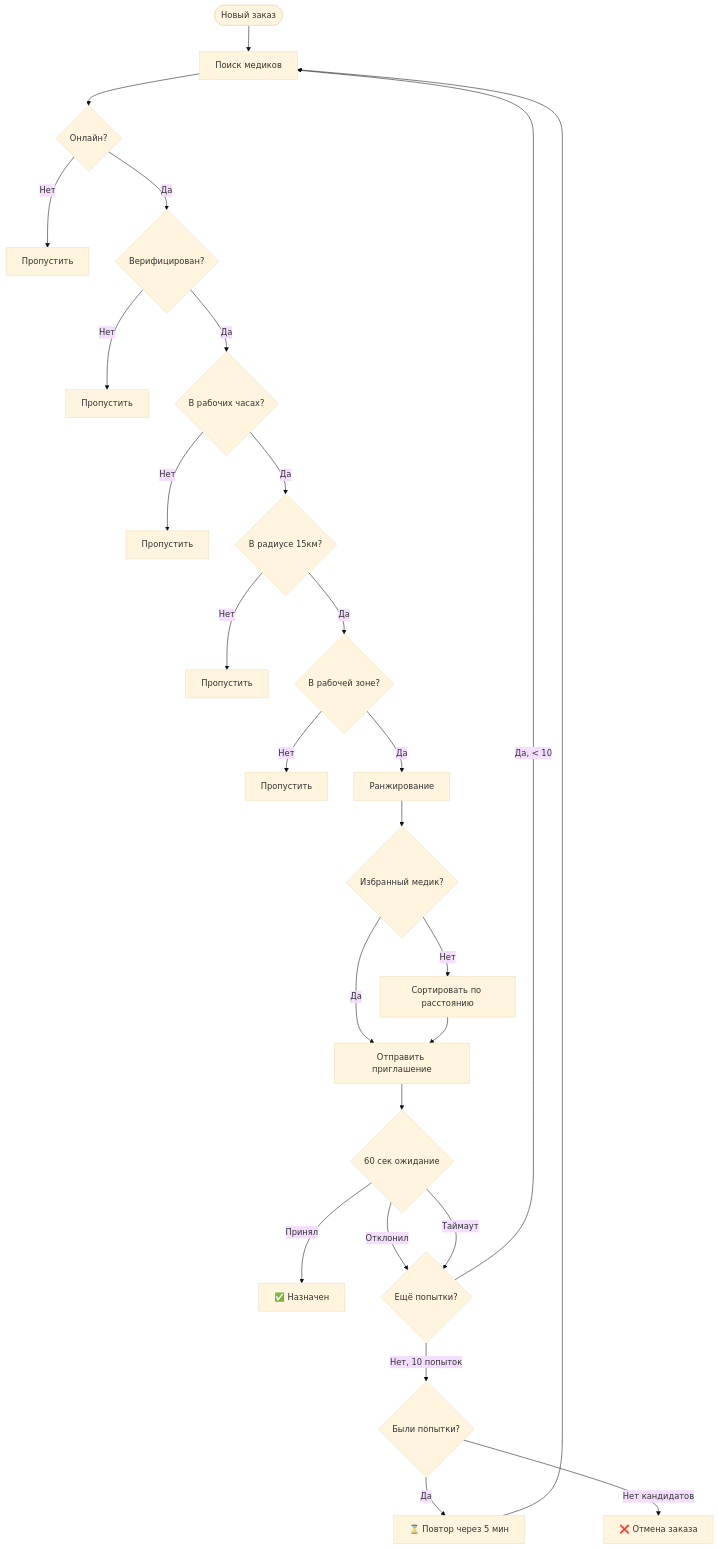
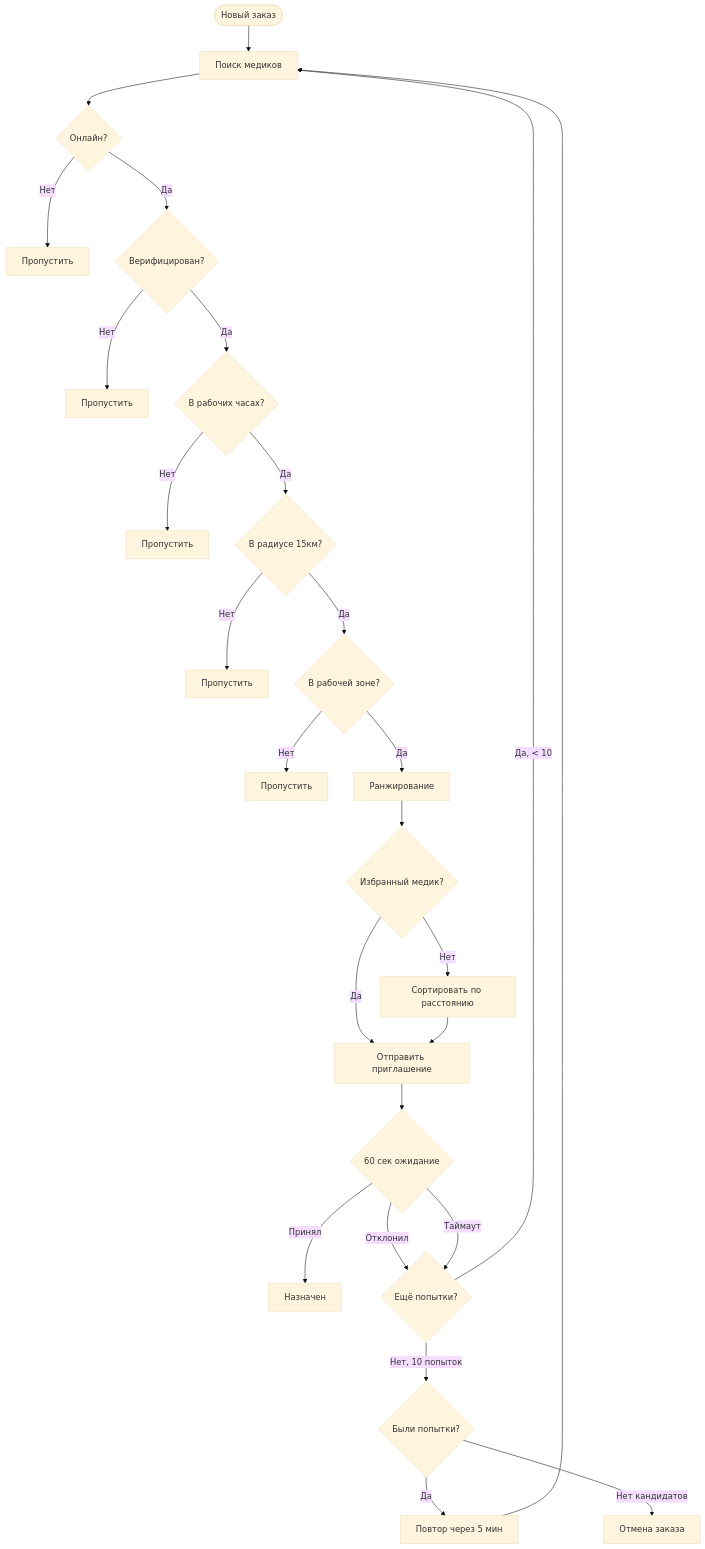
One commit to abubakirilhomov/hamshiraGo changed the sixth of 10 diagrams in docs/SYSTEM_FLOW.md. Above: the diagram before and after it, drawn with Mermaid (base theme). The commit also changed other lines of this file and 1 other file, not shown here.

First line of the commit message:
fix(docs): remove emoji + fix quotes in Mermaid diagrams

````diff
--- a/docs/SYSTEM_FLOW.md
+++ b/docs/SYSTEM_FLOW.md
@@ -220,37 +220,37 @@
 ```mermaid
 flowchart TD
     START([Новый заказ]) --> SEARCH[Поиск медиков]
     
     SEARCH --> F1{Онлайн?}
     F1 -->|Нет| SKIP1[Пропустить]
     F1 -->|Да| F2{Верифицирован?}
     
     F2 -->|Нет| SKIP2[Пропустить]
     F2 -->|Да| F3{В рабочих часах?}
     
     F3 -->|Нет| SKIP3[Пропустить]
     F3 -->|Да| F4{В радиусе 15км?}
     
     F4 -->|Нет| SKIP4[Пропустить]
     F4 -->|Да| F5{В рабочей зоне?}
     
     F5 -->|Нет| SKIP5[Пропустить]
     F5 -->|Да| RANK[Ранжирование]
     
     RANK --> R1{Избранный медик?}
     R1 -->|Да| INVITE[Отправить приглашение]
     R1 -->|Нет| R2[Сортировать по расстоянию]
     R2 --> INVITE
     
     INVITE --> WAIT{60 сек ожидание}
-    WAIT -->|Принял| ASSIGN[✅ Назначен]
+    WAIT -->|Принял| ASSIGN[Назначен]
     WAIT -->|Отклонил| NEXT{Ещё попытки?}
     WAIT -->|Таймаут| NEXT
     
     NEXT -->|Да, < 10| SEARCH
     NEXT -->|Нет, 10 попыток| RETRY{Были попытки?}
     
-    RETRY -->|Да| WAIT5[⏳ Повтор через 5 мин]
+    RETRY -->|Да| WAIT5[Повтор через 5 мин]
     WAIT5 --> SEARCH
-    RETRY -->|Нет кандидатов| CANCEL[❌ Отмена заказа]
+    RETRY -->|Нет кандидатов| CANCEL[Отмена заказа]
 ```
````
